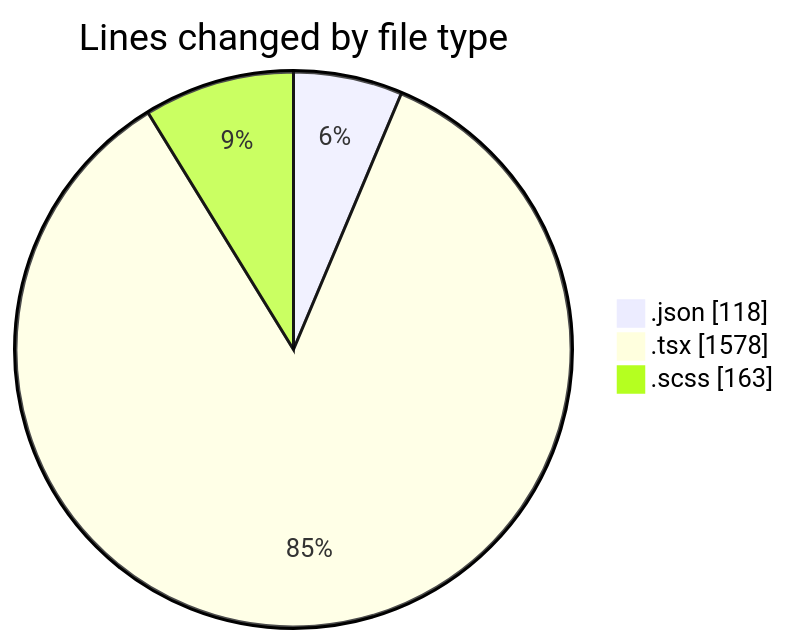
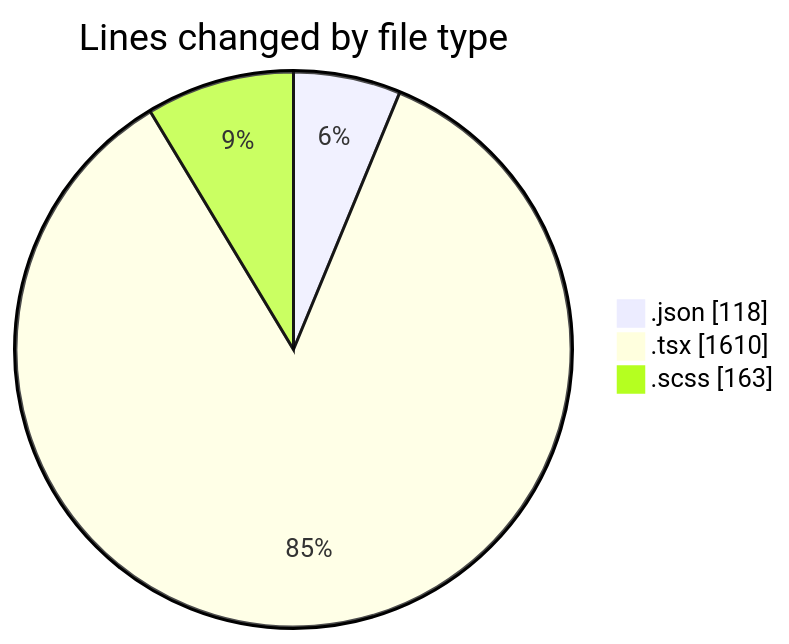
Before and after one commit to momahboobian/code-tracking: the first of 2 diagrams in 2025-11-19/cda/README.md, drawn with Mermaid. The commit also changed other lines of this file and 1 other file, not shown here.

````diff
--- a/2025-11-19/cda/README.md
+++ b/2025-11-19/cda/README.md
@@ -22,7 +22,7 @@
 ```mermaid
 pie showData
 title Lines changed by file type
 ".json" : 118
-".tsx" : 1578
+".tsx" : 1610
 ".scss" : 163
 ```
````
